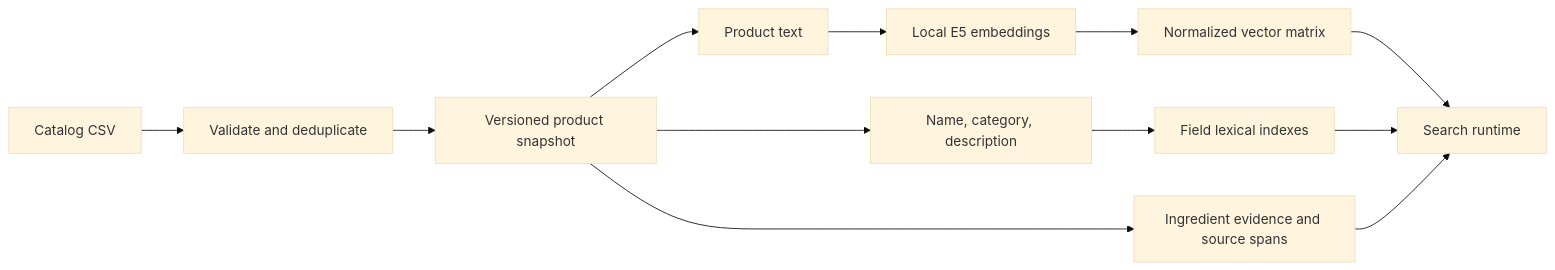
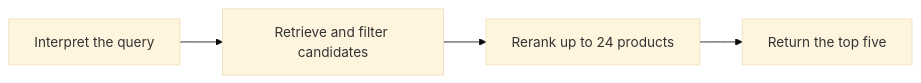
Before and after one commit to oscar-omlf/prosus-retrieval: the diagram in README.md, drawn with Mermaid (base theme). The commit also changed other lines of this file, not shown here.

````diff
--- a/README.md
+++ b/README.md
@@ -39,14 +14,6 @@
 ```mermaid
 flowchart LR
-    A[Catalog CSV] --> B[Validate and deduplicate]
-    B --> C[Versioned product snapshot]
-    C --> D[Product text]
-    C --> E[Name, category, description]
-    C --> F[Ingredient evidence and source spans]
-    D --> G[Local E5 embeddings]
-    G --> H[Normalized vector matrix]
-    E --> I[Field lexical indexes]
-    H --> J[Search runtime]
-    I --> J
-    F --> J
+    A[Interpret the query] --> B[Retrieve and filter candidates]
+    B --> C[Rerank up to 24 products]
+    C --> D[Return the top five]
 ```
````
